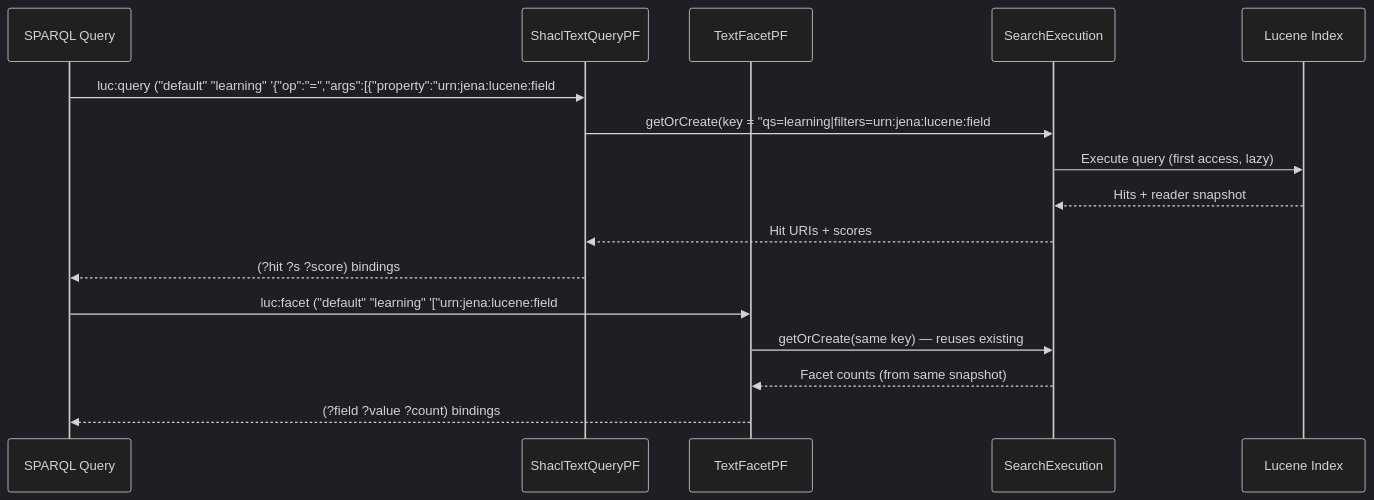
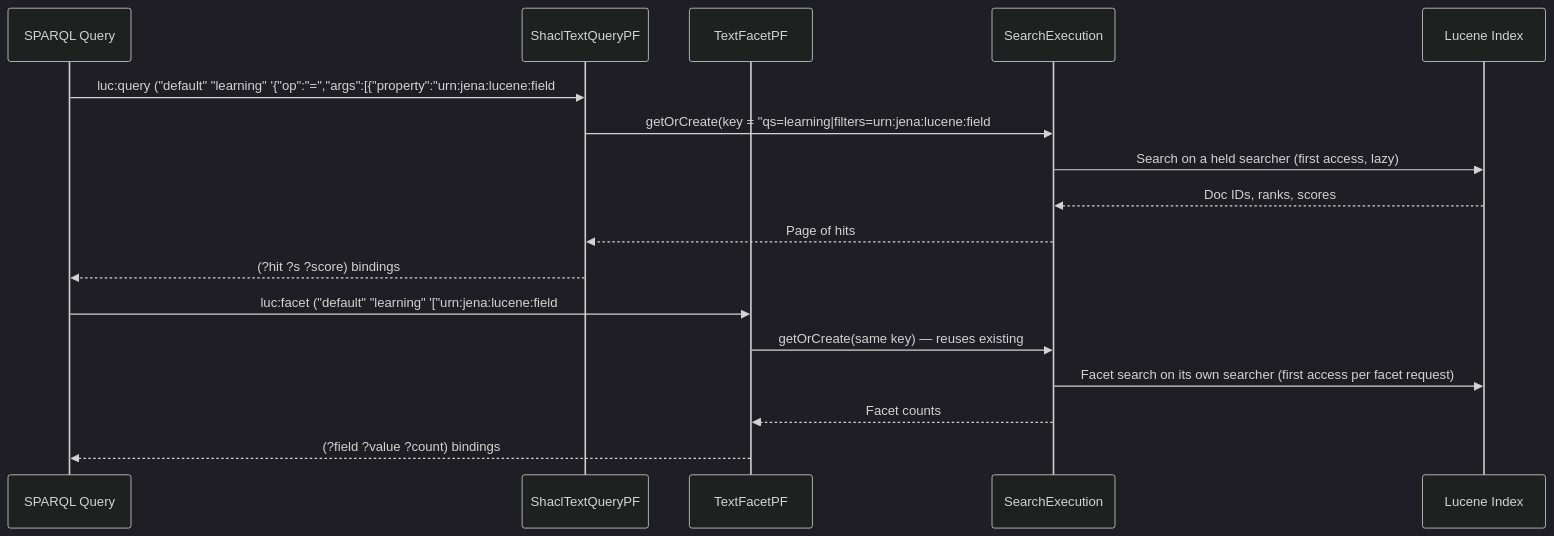
Before and after one commit to Kurrawong/jena: the first of 2 diagrams in docs/04-architecture.md, drawn with Mermaid (dark theme). The commit also changed other lines of this file and 46 other files, not shown here.

First line of the commit message:
Read less per luc:query hit; add luc:fields and sh:node occurrence filters (#195)

````diff
--- a/docs/04-architecture.md
+++ b/docs/04-architecture.md
@@ -92,20 +96,21 @@
 ```mermaid
 sequenceDiagram
     participant S as SPARQL Query
     participant QP as ShaclTextQueryPF
     participant FP as TextFacetPF
     participant SE as SearchExecution
     participant L as Lucene Index
 
     S->>QP: luc:query ("default" "learning" '{"op":"=","args":[{"property":"urn:jena:lucene:field#category"},"Tech"]}')
     QP->>SE: getOrCreate(key = "qs=learning|filters=urn:jena:lucene:field#category:Tech")
-    SE->>L: Execute query (first access, lazy)
-    L-->>SE: Hits + reader snapshot
-    SE-->>QP: Hit URIs + scores
+    SE->>L: Search on a held searcher (first access, lazy)
+    L-->>SE: Doc IDs, ranks, scores
+    SE-->>QP: Page of hits
     QP-->>S: (?hit ?s ?score) bindings
 
     S->>FP: luc:facet ("default" "learning" '["urn:jena:lucene:field#category"]')
     FP->>SE: getOrCreate(same key) — reuses existing
-    SE-->>FP: Facet counts (from same snapshot)
+    SE->>L: Facet search on its own searcher (first access per facet request)
+    SE-->>FP: Facet counts
     FP-->>S: (?field ?value ?count) bindings
 ```
````
